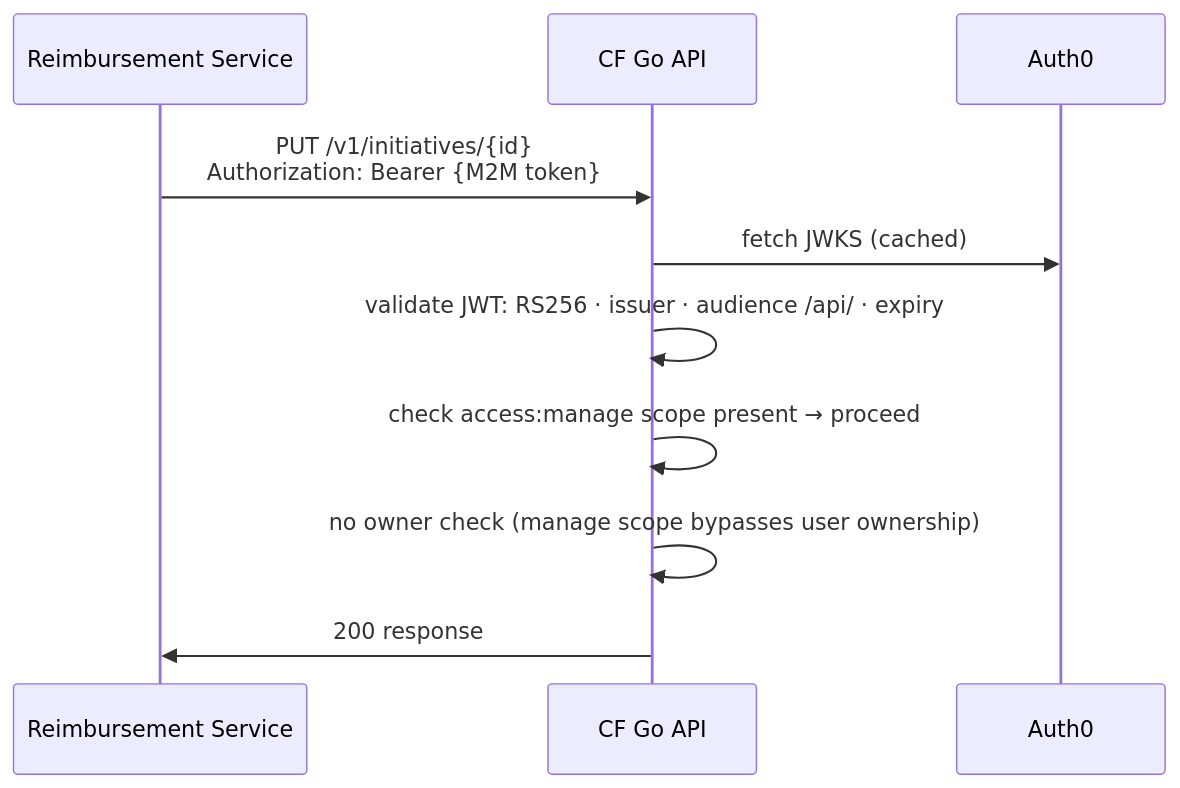
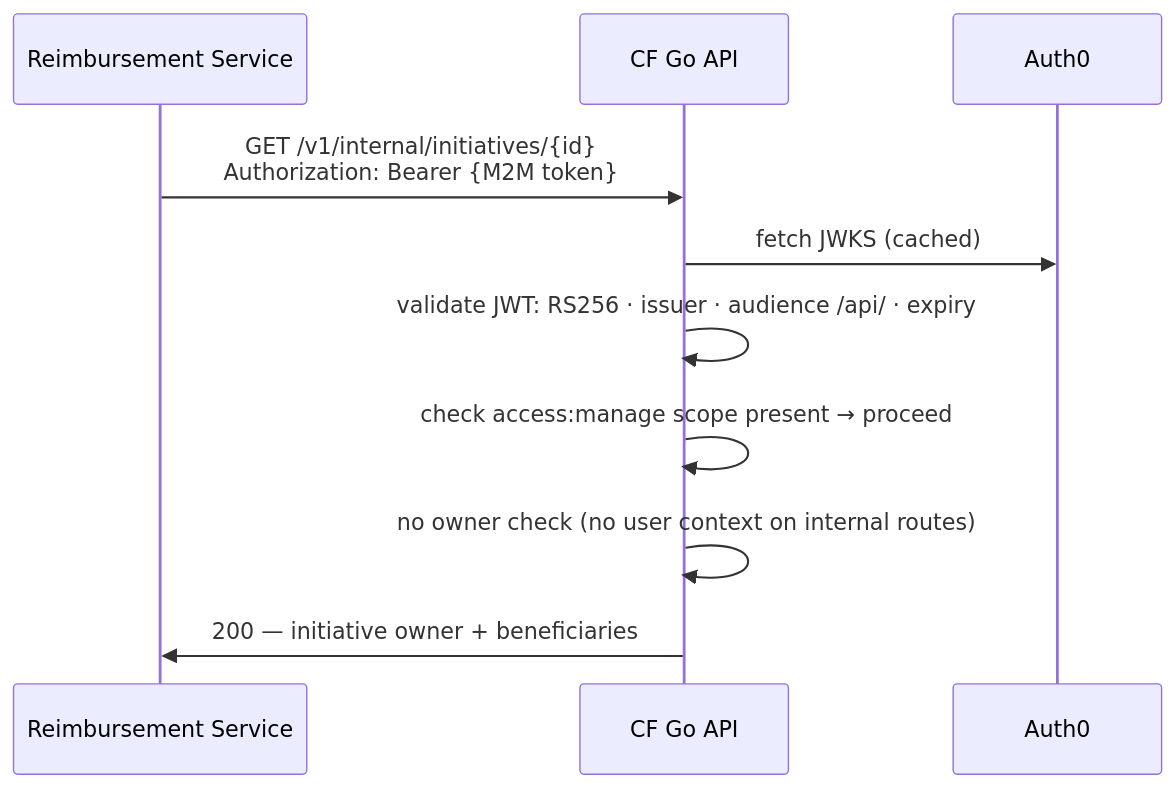
Before and after one commit to linuxfoundation/lfx-crowdfunding: the seventh of 8 diagrams in backend/docs/rewrite/09-authentication-architecture.md, drawn with Mermaid. The commit also changed other lines of this file, not shown here.

````diff
--- a/backend/docs/rewrite/09-authentication-architecture.md
+++ b/backend/docs/rewrite/09-authentication-architecture.md
@@ -198,13 +265,13 @@
 ```mermaid
 sequenceDiagram
     participant RS as Reimbursement Service
     participant API as CF Go API
     participant Auth0
 
-    RS->>API: PUT /v1/initiatives/{id}<br/>Authorization: Bearer {M2M token}
+    RS->>API: GET /v1/internal/initiatives/{id}<br/>Authorization: Bearer {M2M token}
     API->>Auth0: fetch JWKS (cached)
     API->>API: validate JWT: RS256 · issuer · audience /api/ · expiry
     API->>API: check access:manage scope present → proceed
-    API->>API: no owner check (manage scope bypasses user ownership)
-    API->>RS: 200 response
+    API->>API: no owner check (no user context on internal routes)
+    API->>RS: 200 — initiative owner + beneficiaries
 ```
````
